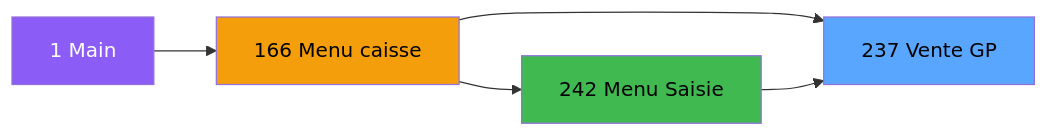
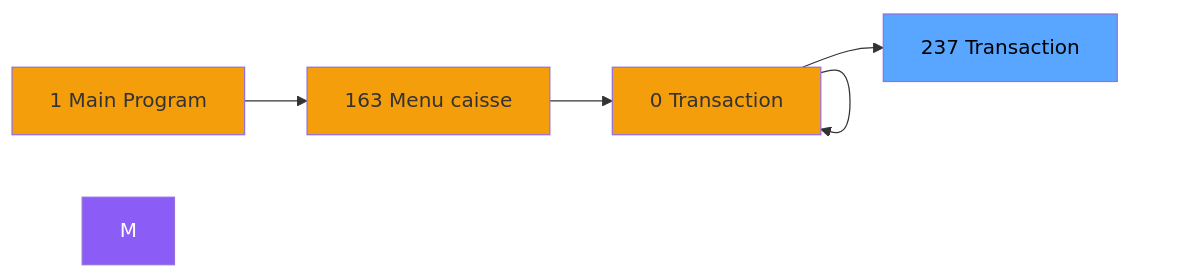
Before and after one commit to thonyAGP/lecteur-magic: the second of 3 diagrams in .openspec/renders/ADH-IDE-237.md, drawn with Mermaid. The commit also changed other lines of this file and 325 other files, not shown here.

````diff
--- a/.openspec/renders/ADH-IDE-237.md
+++ b/.openspec/renders/ADH-IDE-237.md
@@ -192,17 +164,21 @@
 ```mermaid
 graph LR
-    M[1 Main]
-    M166[166 Menu caisse]
-    M242[242 Menu Saisie]
-    T[237 Vente GP]
-
-    M --> M166
-    M166 --> T
-    M166 --> M242
-    M242 --> T
-
+    N1[1 Main Program]
+    N163[163 Menu caisse ]
+    N0[0 Transaction ]
+    N0[0 Transaction ]
+    N0[0 Transaction ]
+    T[237 Transaction ]
+    N1 --> N163
+    N163 --> N0
+    N0 --> N0
+    N0 --> N0
+    N0 --> T
     style M fill:#8b5cf6,color:#fff
-    style M166 fill:#f59e0b,color:#000
-    style M242 fill:#3fb950,color:#000
+    style N1 fill:#f59e0b
+    style N163 fill:#f59e0b
+    style N0 fill:#f59e0b
+    style N0 fill:#f59e0b
+    style N0 fill:#f59e0b
     style T fill:#58a6ff,color:#000
 ```
````
